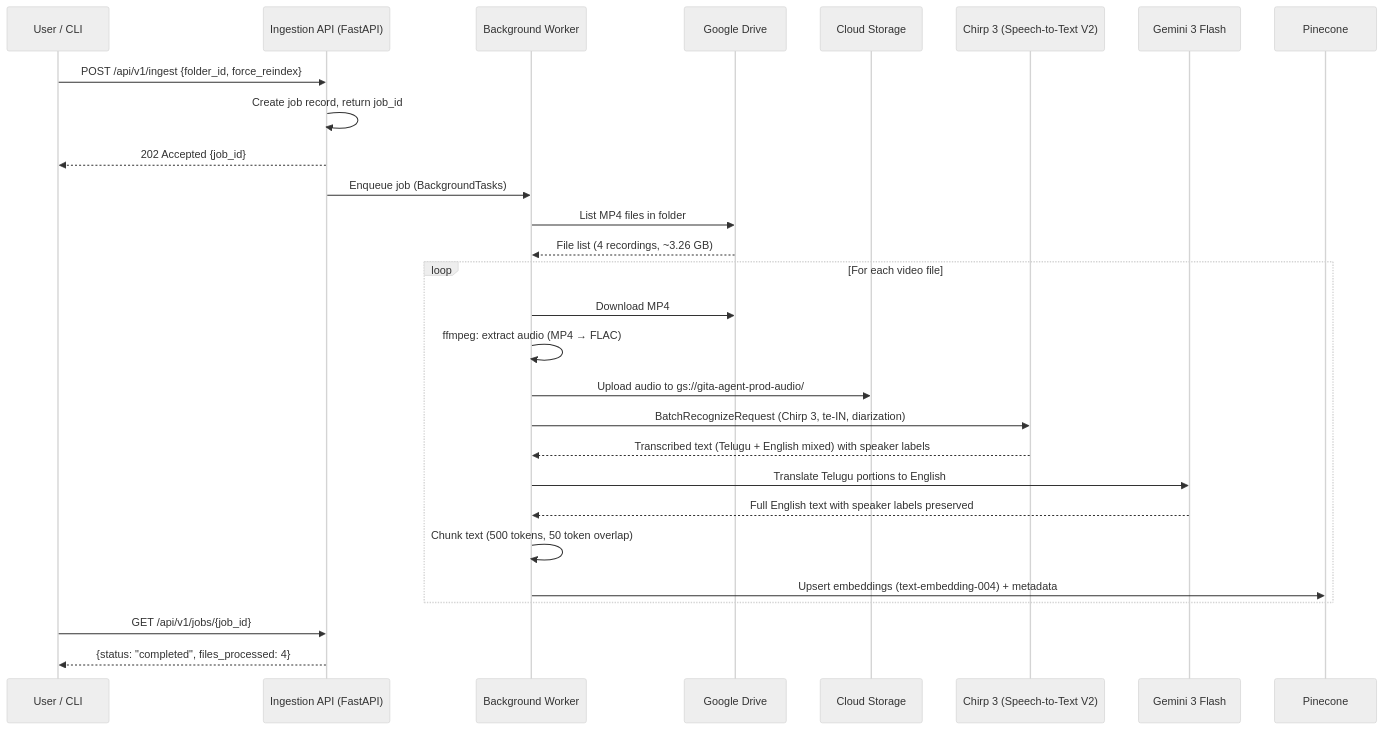
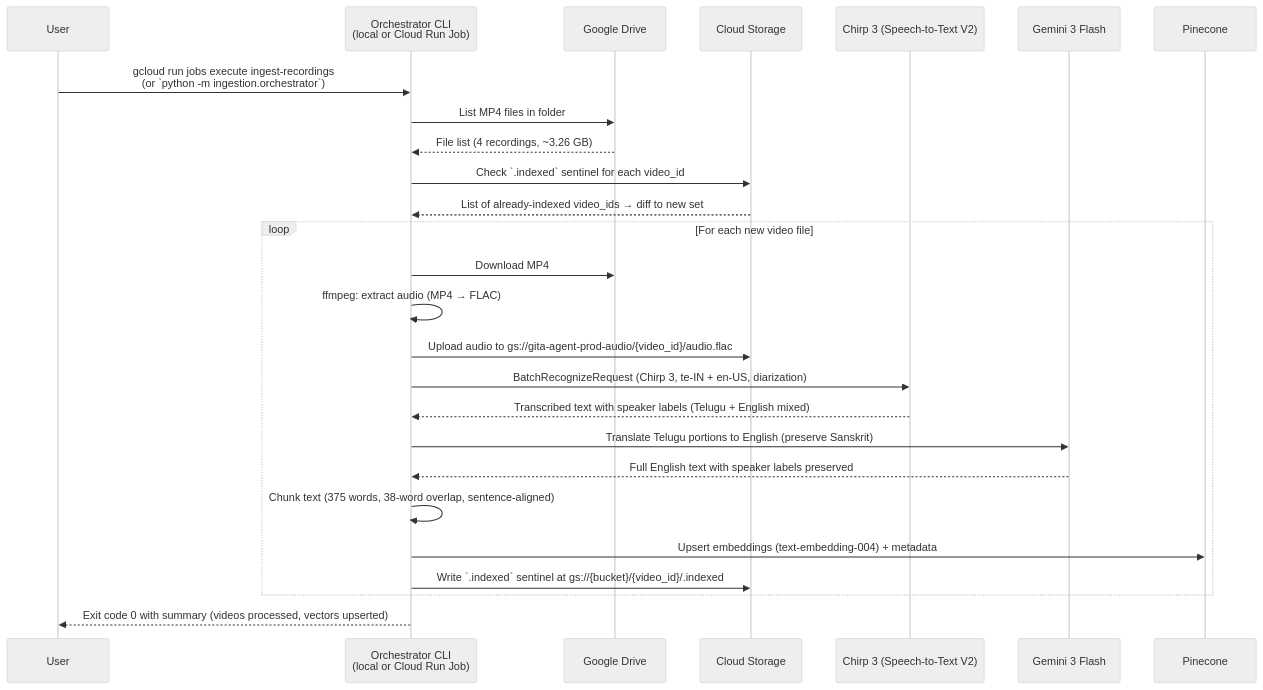
The third of 4 diagrams in docs/detailed_technical_design.md (udayauma/gita-agent), drawn with Mermaid (neutral theme) before and after one commit. The commit also changed other lines of this file and 2 other files, not shown here.

First line of the commit message:
Pivot Phase 4.6 ingestion from FastAPI service to Cloud Run Job + CLI

````diff
--- a/docs/detailed_technical_design.md
+++ b/docs/detailed_technical_design.md
@@ -62,34 +62,32 @@
 ```mermaid
 sequenceDiagram
-    participant U as User / CLI
-    participant API as Ingestion API (FastAPI)
-    participant W as Background Worker
+    participant U as User
+    participant CLI as Orchestrator CLI<br/>(local or Cloud Run Job)
     participant GD as Google Drive
     participant GCS as Cloud Storage
     participant STT as Chirp 3 (Speech-to-Text V2)
     participant LLM as Gemini 3 Flash
     participant P as Pinecone
 
-    U->>API: POST /api/v1/ingest {folder_id, force_reindex}
-    API->>API: Create job record, return job_id
-    API-->>U: 202 Accepted {job_id}
-    API->>W: Enqueue job (BackgroundTasks)
+    U->>CLI: gcloud run jobs execute ingest-recordings<br/>(or `python -m ingestion.orchestrator`)
 
-    W->>GD: List MP4 files in folder
-    GD-->>W: File list (4 recordings, ~3.26 GB)
+    CLI->>GD: List MP4 files in folder
+    GD-->>CLI: File list (4 recordings, ~3.26 GB)
+    CLI->>GCS: Check `.indexed` sentinel for each video_id
+    GCS-->>CLI: List of already-indexed video_ids → diff to new set
 
-    loop For each video file
-        W->>GD: Download MP4
-        W->>W: ffmpeg: extract audio (MP4 → FLAC)
-        W->>GCS: Upload audio to gs://gita-agent-prod-audio/
-        W->>STT: BatchRecognizeRequest (Chirp 3, te-IN, diarization)
-        STT-->>W: Transcribed text (Telugu + English mixed) with speaker labels
-        W->>LLM: Translate Telugu portions to English
-        LLM-->>W: Full English text with speaker labels preserved
-        W->>W: Chunk text (500 tokens, 50 token overlap)
-        W->>P: Upsert embeddings (text-embedding-004) + metadata
+    loop For each new video file
+        CLI->>GD: Download MP4
+        CLI->>CLI: ffmpeg: extract audio (MP4 → FLAC)
+        CLI->>GCS: Upload audio to gs://gita-agent-prod-audio/{video_id}/audio.flac
+        CLI->>STT: BatchRecognizeRequest (Chirp 3, te-IN + en-US, diarization)
+        STT-->>CLI: Transcribed text with speaker labels (Telugu + English mixed)
+        CLI->>LLM: Translate Telugu portions to English (preserve Sanskrit)
+        LLM-->>CLI: Full English text with speaker labels preserved
+        CLI->>CLI: Chunk text (375 words, 38-word overlap, sentence-aligned)
+        CLI->>P: Upsert embeddings (text-embedding-004) + metadata
+        CLI->>GCS: Write `.indexed` sentinel at gs://{bucket}/{video_id}/.indexed
     end
 
-    U->>API: GET /api/v1/jobs/{job_id}
-    API-->>U: {status: "completed", files_processed: 4}
+    CLI-->>U: Exit code 0 with summary (videos processed, vectors upserted)
 ```
````
